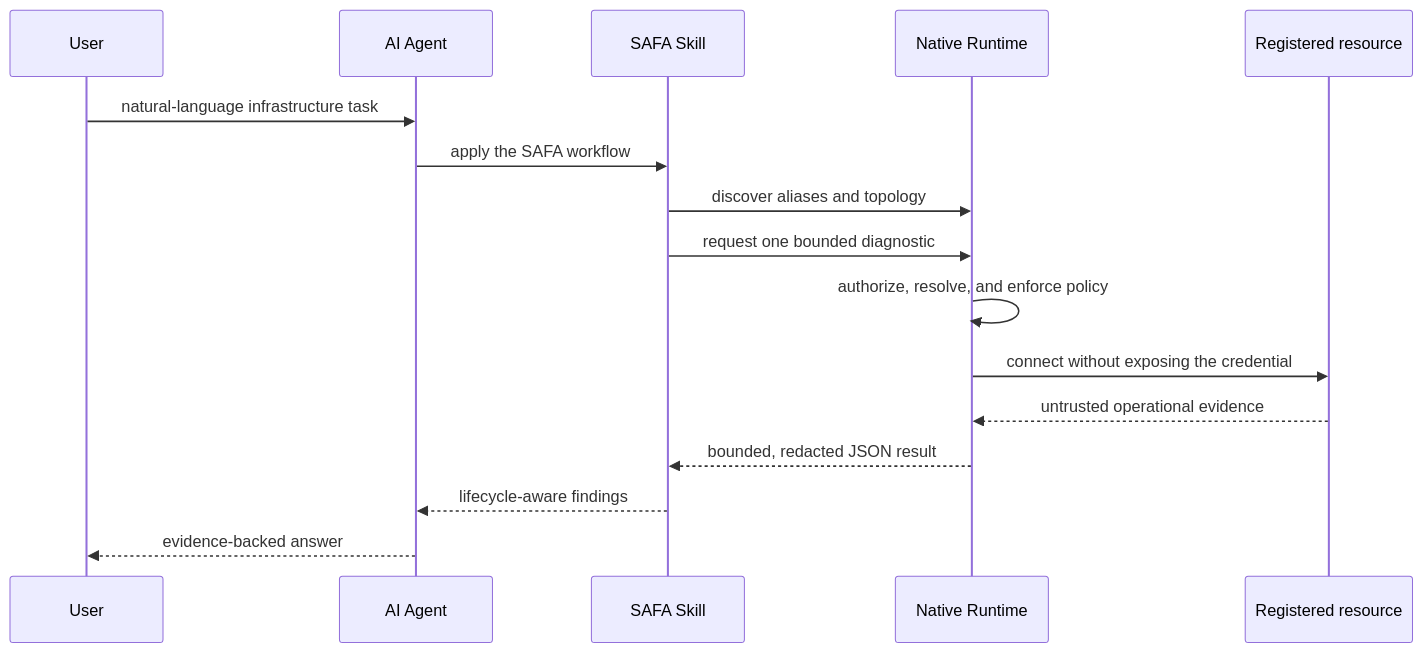
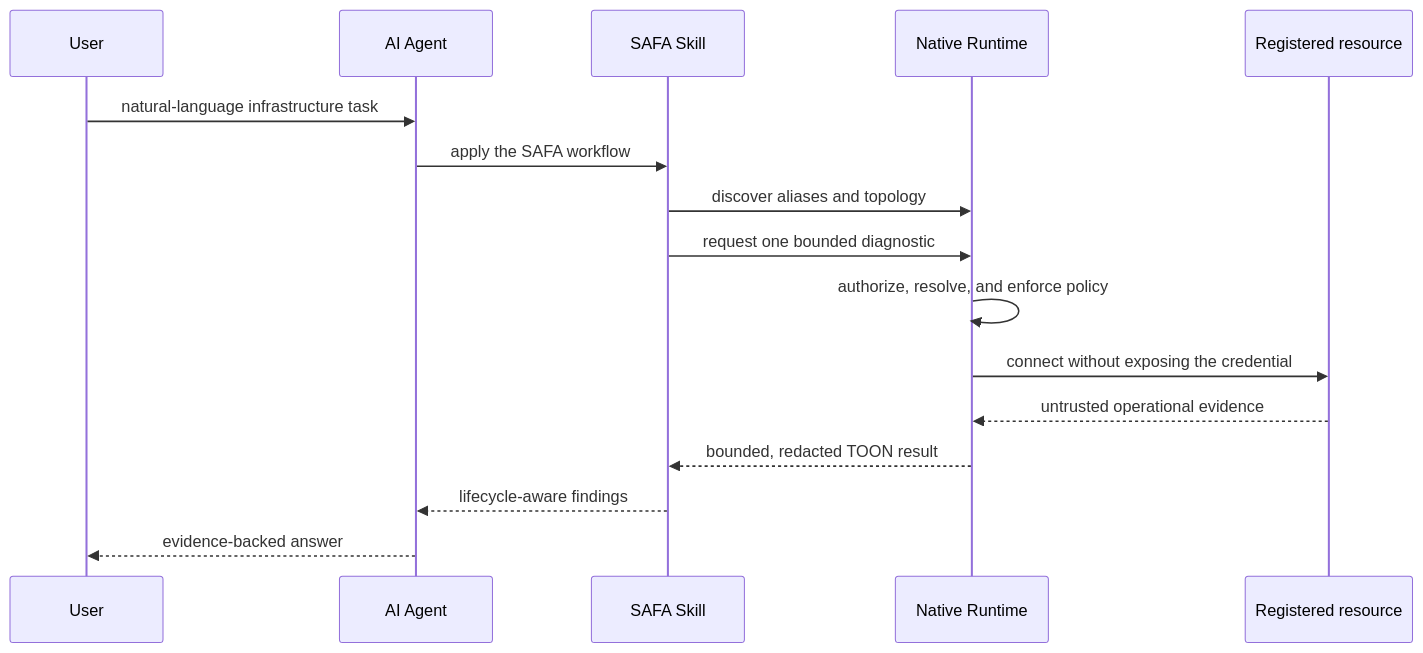
The diagram in README.md (juju-w/safa), drawn with Mermaid before and after one commit. The commit also changed other lines of this file and 33 other files, not shown here.

````diff
--- a/README.md
+++ b/README.md
@@ -77,19 +99,19 @@
 ```mermaid
 sequenceDiagram
     participant U as User
     participant A as AI Agent
     participant S as SAFA Skill
     participant R as Native Runtime
     participant T as Registered resource
 
     U->>A: natural-language infrastructure task
     A->>S: apply the SAFA workflow
     S->>R: discover aliases and topology
     S->>R: request one bounded diagnostic
     R->>R: authorize, resolve, and enforce policy
     R->>T: connect without exposing the credential
     T-->>R: untrusted operational evidence
-    R-->>S: bounded, redacted JSON result
+    R-->>S: bounded, redacted TOON result
     S-->>A: lifecycle-aware findings
     A-->>U: evidence-backed answer
 ```
````
